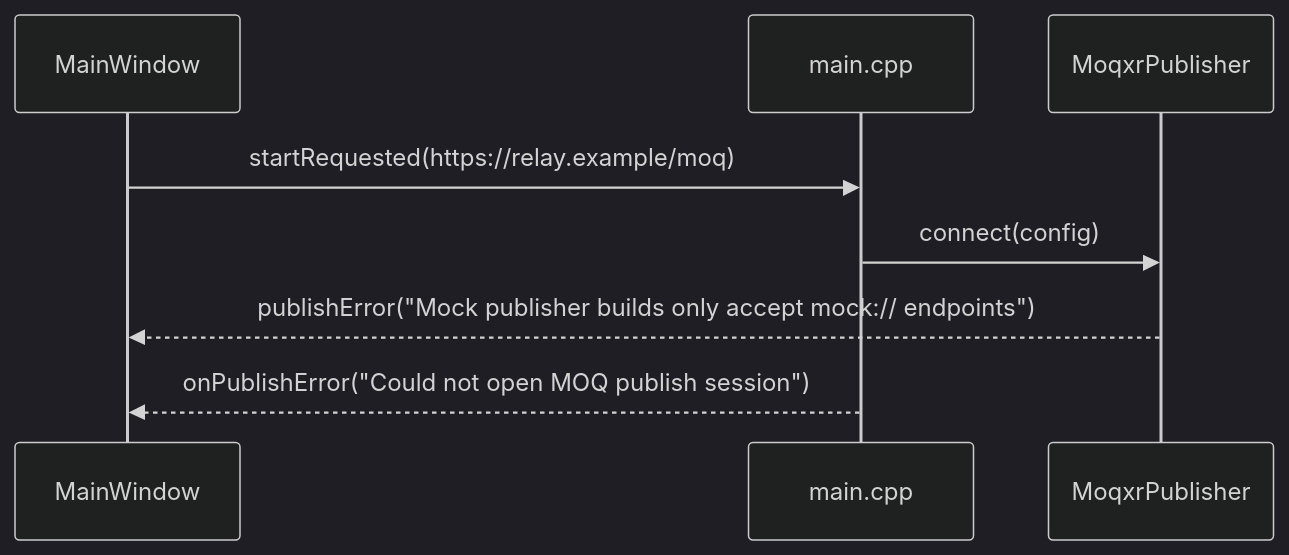
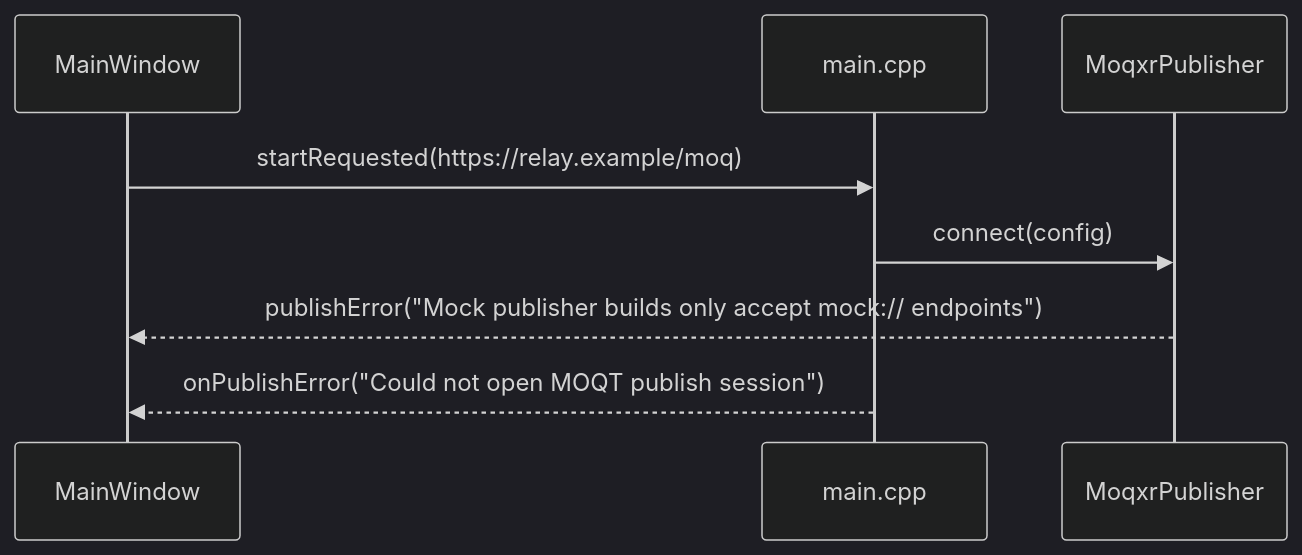
Before and after one commit to gwendalsimon/moq2ts: the fourth of 6 diagrams in docs/sequence-diagrams.md, drawn with Mermaid (dark theme). The commit also changed other lines of this file and 23 other files, not shown here.

````diff
--- a/docs/sequence-diagrams.md
+++ b/docs/sequence-diagrams.md
@@ -80,11 +81,11 @@
 ```mermaid
 sequenceDiagram
     participant UI as MainWindow
     participant App as main.cpp
     participant Pub as MoqxrPublisher
 
     UI->>App: startRequested(https://relay.example/moq)
     App->>Pub: connect(config)
     Pub-->>UI: publishError("Mock publisher builds only accept mock:// endpoints")
-    App-->>UI: onPublishError("Could not open MOQ publish session")
+    App-->>UI: onPublishError("Could not open MOQT publish session")
 ```
````
